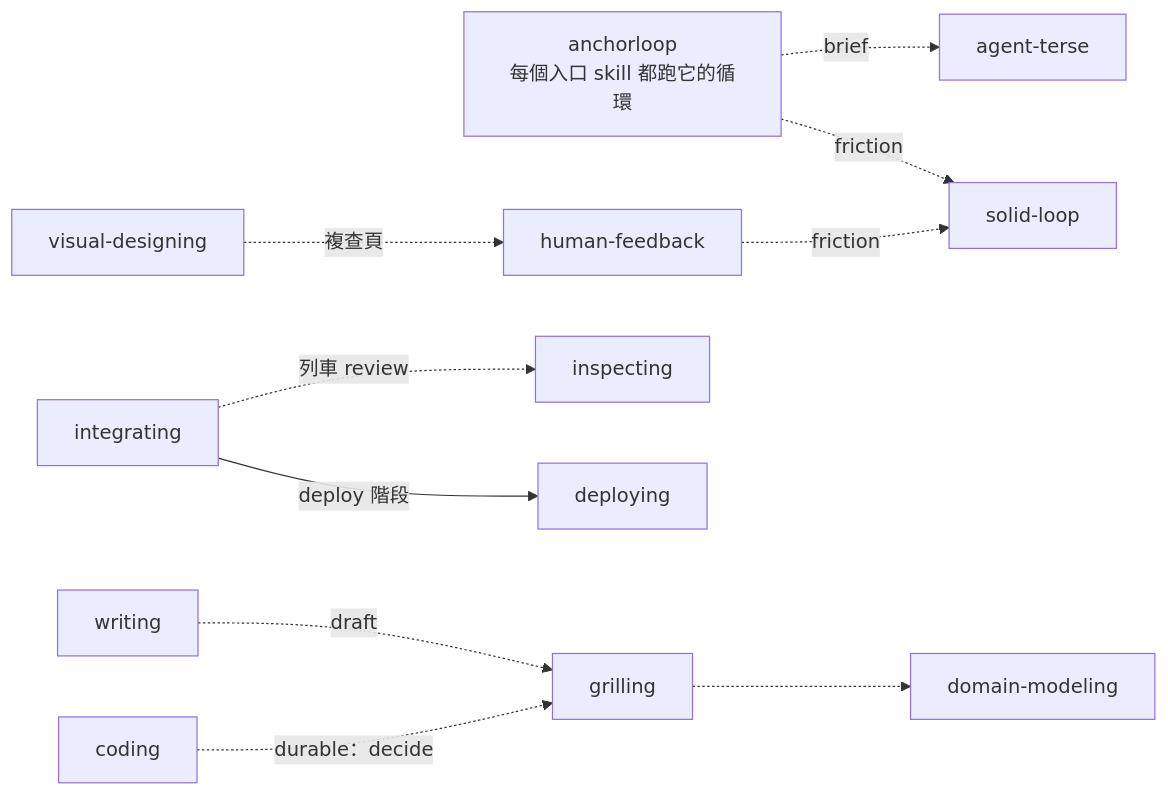
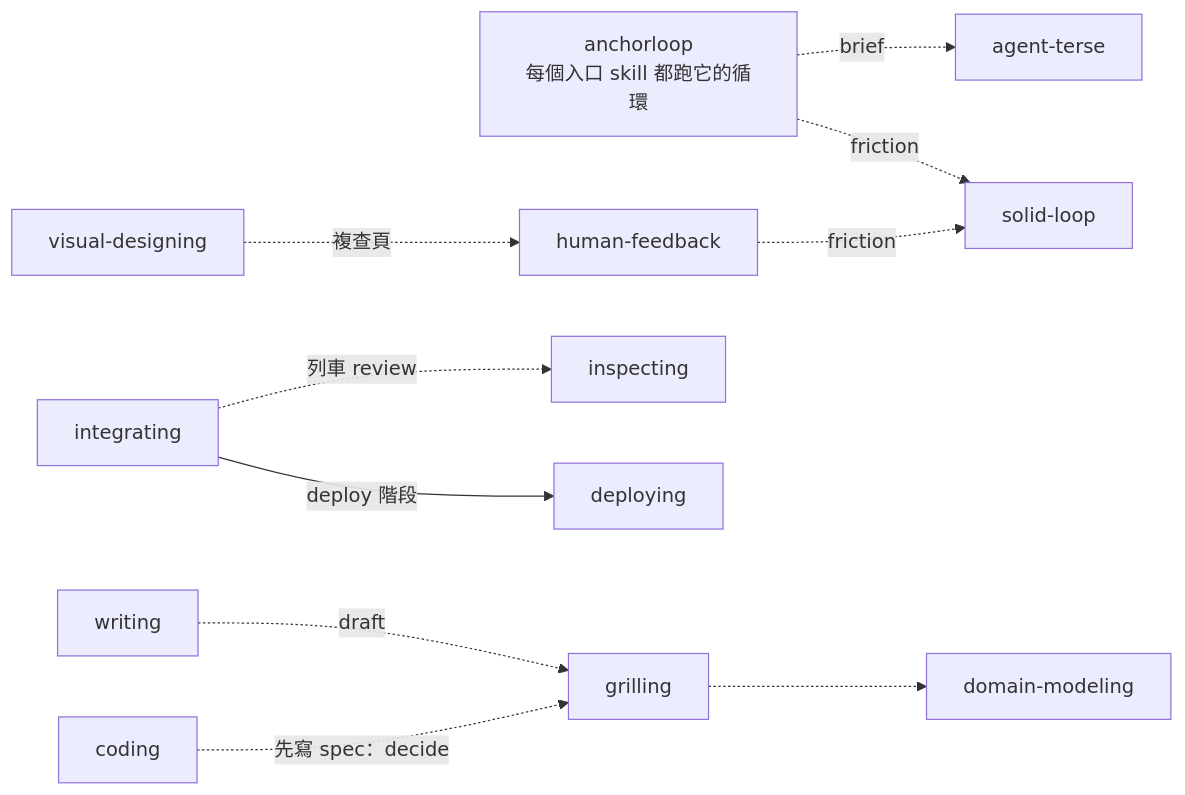
Before and after one commit to wayne930242/anchorloop: the diagram in site/src/content/docs/zh-tw/guide/skills.md, drawn with Mermaid. The commit also changed other lines of this file and 250 other files, not shown here.

````diff
--- a/site/src/content/docs/zh-tw/guide/skills.md
+++ b/site/src/content/docs/zh-tw/guide/skills.md
@@ -29,13 +29,13 @@
 ```mermaid
 flowchart LR
   loop["anchorloop<br/>每個入口 skill 都跑它的循環"]
   loop -.->|"friction"| solid["solid-loop"]
   loop -.->|"brief"| terse["agent-terse"]
   integrating -->|"deploy 階段"| deploying
   integrating -.->|"列車 review"| inspecting
-  coding -.->|"durable：decide"| grilling
+  coding -.->|"先寫 spec：decide"| grilling
   writing -.->|"draft"| grilling
   grilling -.-> domain["domain-modeling"]
   visual["visual-designing"] -.->|"複查頁"| feedback["human-feedback"]
   feedback -.->|"friction"| solid
 ```
````
